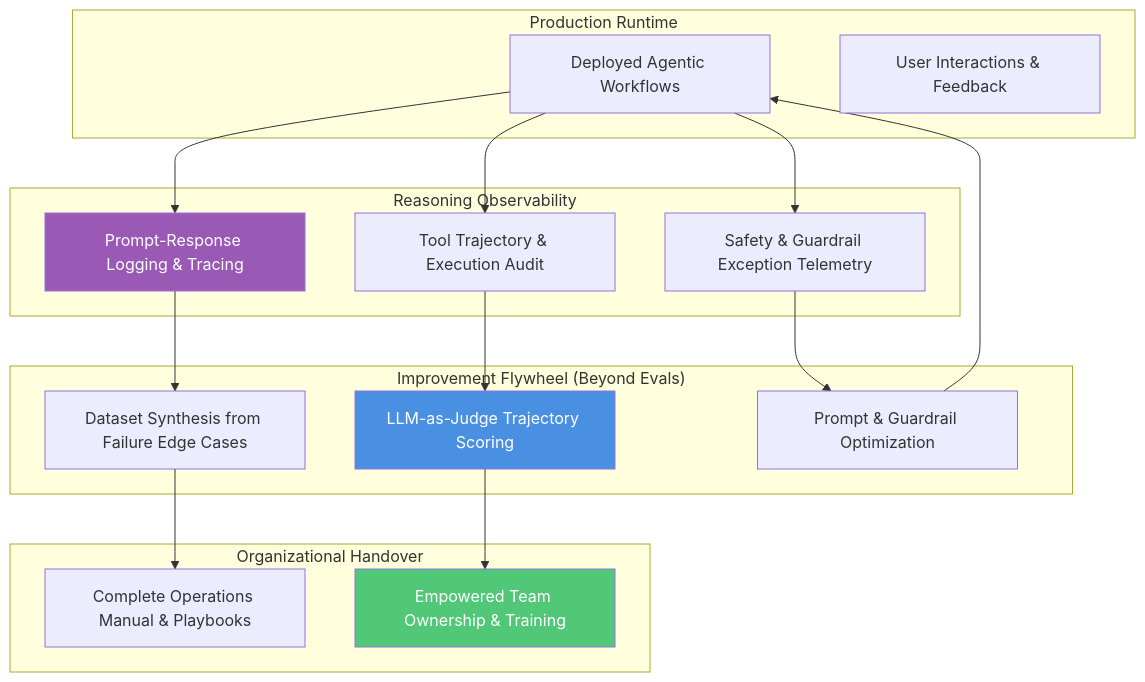
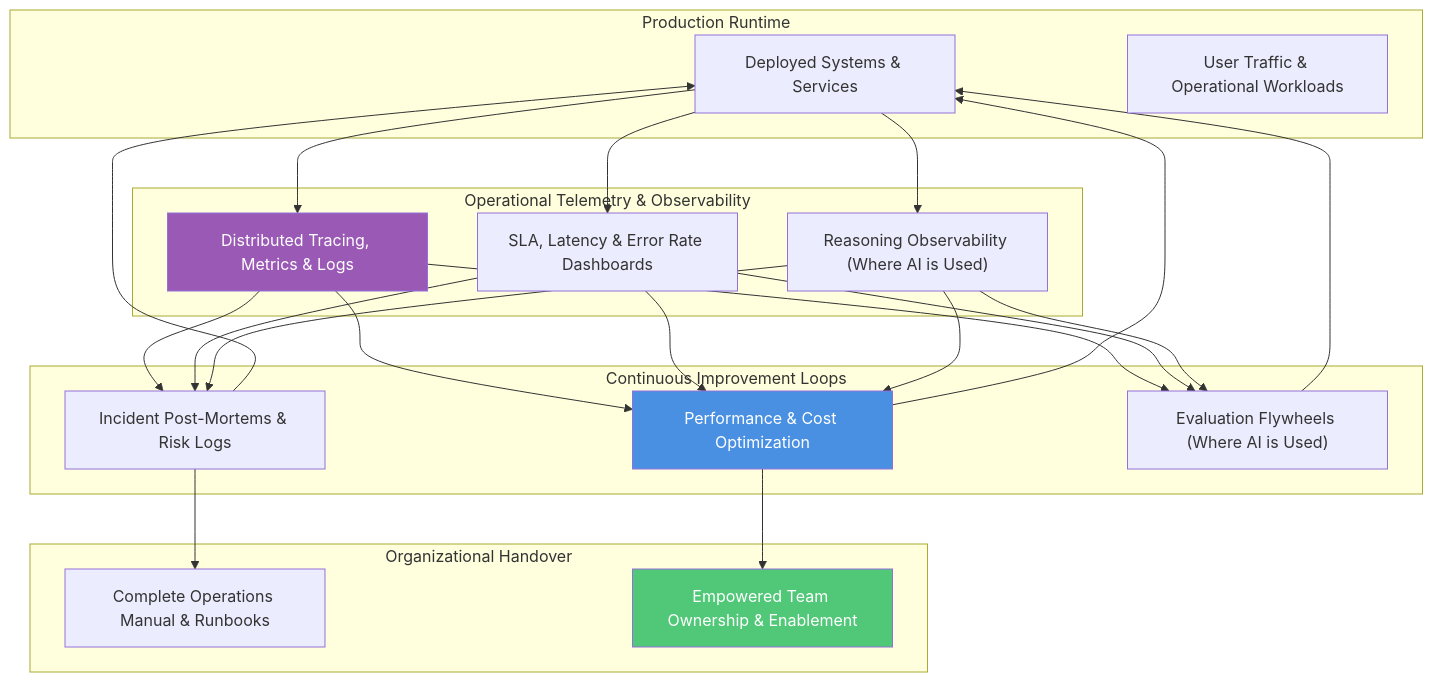
One commit to avfranco-br/portfolio changed the first of 2 diagrams in docs/sop/05-evolve-observe.md. Above: the diagram before and after it, drawn with Mermaid. The commit also changed other lines of this file and 8 other files, not shown here.

````diff
--- a/docs/sop/05-evolve-observe.md
+++ b/docs/sop/05-evolve-observe.md
@@ -20,38 +20,34 @@
 ```mermaid
 graph TD
     subgraph "Production Runtime"
-        R1["Deployed Agentic Workflows"]
-        R2["User Interactions & Feedback"]
+        R1["Deployed Systems & Services"]
+        R2["User Traffic & Operational Workloads"]
     end
 
-    subgraph "Reasoning Observability"
-        O1["Prompt-Response Logging & Tracing"]
-        O2["Tool Trajectory & Execution Audit"]
-        O3["Safety & Guardrail Exception Telemetry"]
+    subgraph "Operational Telemetry & Observability"
+        O1["Distributed Tracing, Metrics & Logs"]
+        O2["SLA, Latency & Error Rate Dashboards"]
+        O3["Reasoning Observability (Where AI is Used)"]
     end
 
-    subgraph "Improvement Flywheel (Beyond Evals)"
-        F1["Dataset Synthesis from Failure Edge Cases"]
-        F2["LLM-as-Judge Trajectory Scoring"]
-        F3["Prompt & Guardrail Optimization"]
+    subgraph "Continuous Improvement Loops"
+        F1["Incident Post-Mortems & Risk Logs"]
+        F2["Performance & Cost Optimization"]
+        F3["Evaluation Flywheels (Where AI is Used)"]
     end
 
     subgraph "Organizational Handover"
-        H1["Complete Operations Manual & Playbooks"]
-        H2["Empowered Team Ownership & Training"]
+        H1["Complete Operations Manual & Runbooks"]
+        H2["Empowered Team Ownership & Enablement"]
     end
 
-    R1 --> O1
-    R1 --> O2
-    R1 --> O3
-    O1 --> F1
-    O2 --> F2
-    O3 --> F3
-    F3 --> R1
+    R1 --> O1 & O2 & O3
+    O1 & O2 & O3 --> F1 & F2 & F3
+    F1 & F2 & F3 --> R1
     F1 --> H1
     F2 --> H2
 
     style O1 fill:#9B59B6,color:#fff
     style F2 fill:#4A90E2,color:#fff
     style H2 fill:#50C878,color:#fff
 ```
````
